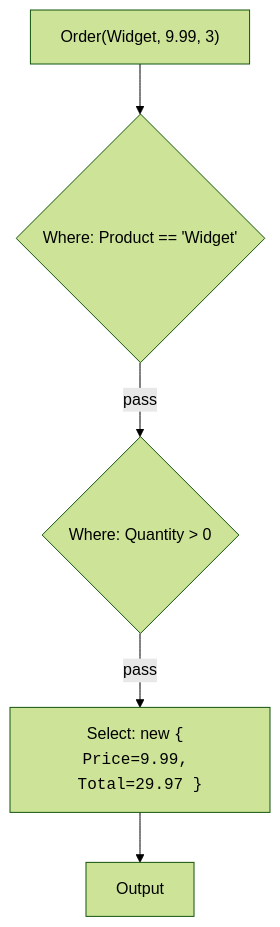
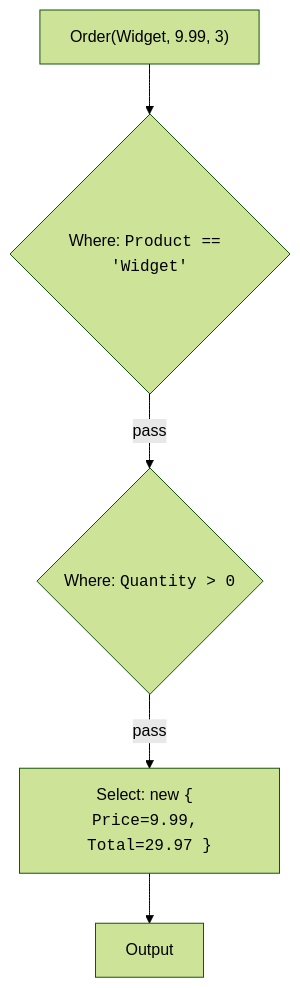
One commit to dataslope/dataslope changed the second of 2 diagrams in content/learn/csharp-linq-functional/filtering-and-projection.mdx. Above: the diagram before and after it, drawn with Mermaid (forest theme). The commit also changed 56 other files, not shown here.

````diff
--- a/content/learn/csharp-linq-functional/filtering-and-projection.mdx
+++ b/content/learn/csharp-linq-functional/filtering-and-projection.mdx
@@ -176,7 +176,7 @@
 ```mermaid
 flowchart TD
-    O1["Order(Widget, 9.99, 3)"] --> W1{"Where: Product == 'Widget'"}
-    W1 -->|"pass"| W2{"Where: Quantity > 0"}
+    O1["Order(Widget, 9.99, 3)"] --> W1{"Where: <code>Product == 'Widget'</code>"}
+    W1 -->|"pass"| W2{"Where: <code>Quantity &gt; 0</code>"}
     W2 -->|"pass"| S["Select: new <code>{ Price=9.99, Total=29.97 }</code>"]
     S --> R[Output]
 ```
````
